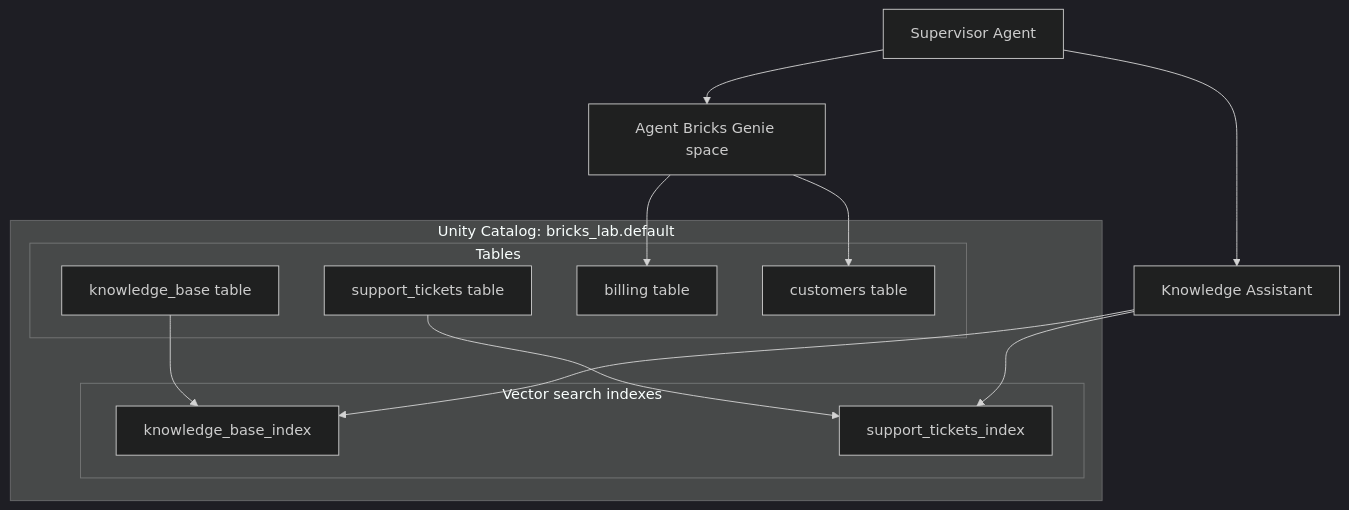
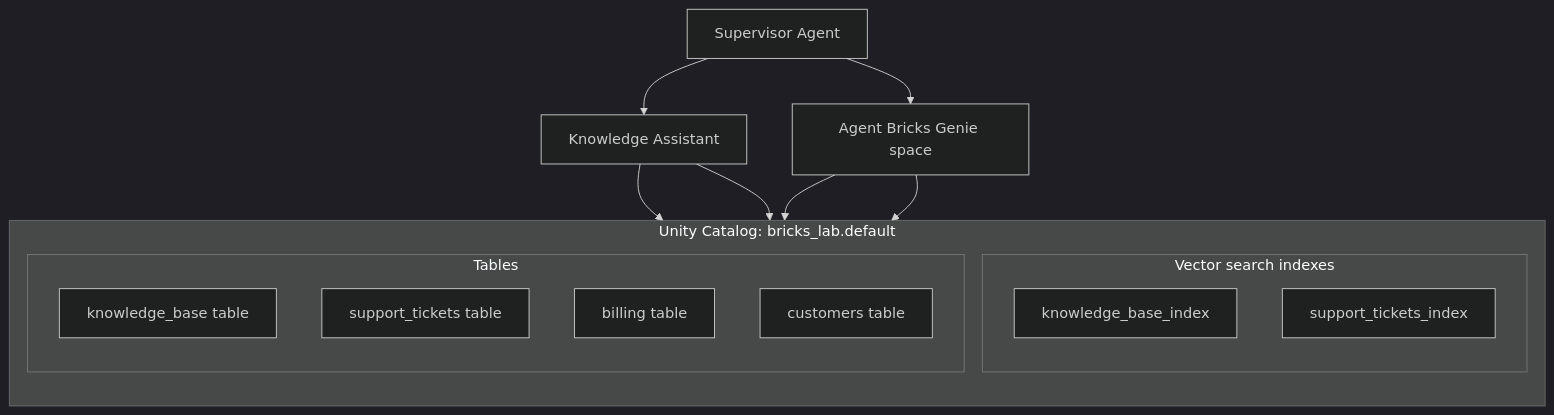
The third of 3 diagrams in README.md (dbagentworkshop/dbagentworkshop), drawn with Mermaid (dark theme) before and after one commit. The commit also changed other lines of this file, not shown here.

Commit message:
fix mermaid graphs

````diff
--- a/README.md
+++ b/README.md
@@ -203,26 +202,25 @@
 ```mermaid
 flowchart TB
   sa[Supervisor Agent]
   ka[Knowledge Assistant]
   genie[Agent Bricks Genie space]
   sa --> ka
   sa --> genie
   subgraph uc_full ["Unity Catalog: bricks_lab.default"]
+    direction TB
     subgraph uc_idx ["Vector search indexes"]
       kb_idx[knowledge_base_index]
       st_idx[support_tickets_index]
     end
     subgraph uc_tbl ["Tables"]
       kb_tbl[knowledge_base table]
       st_tbl[support_tickets table]
       bill_tbl[billing table]
       cust_tbl[customers table]
     end
-    kb_tbl --> kb_idx
-    st_tbl --> st_idx
   end
   ka --> kb_idx
   ka --> st_idx
   genie --> bill_tbl
   genie --> cust_tbl
 ```
````
